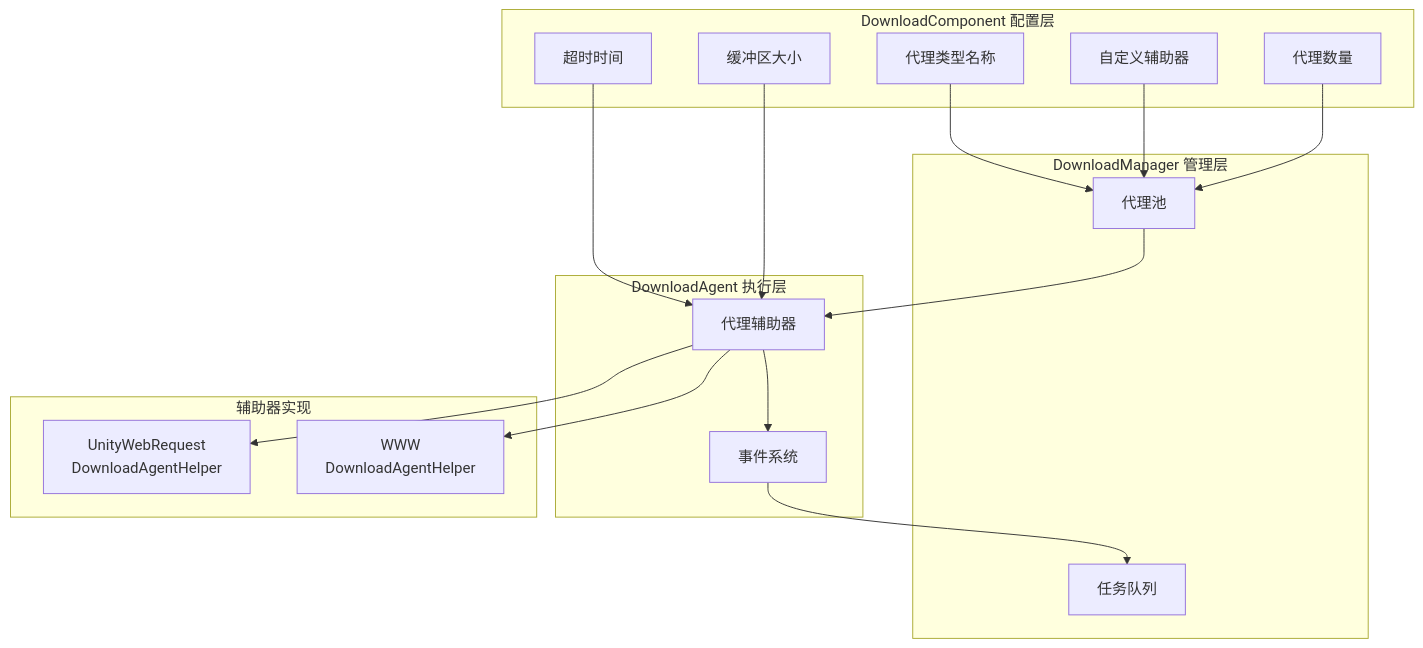
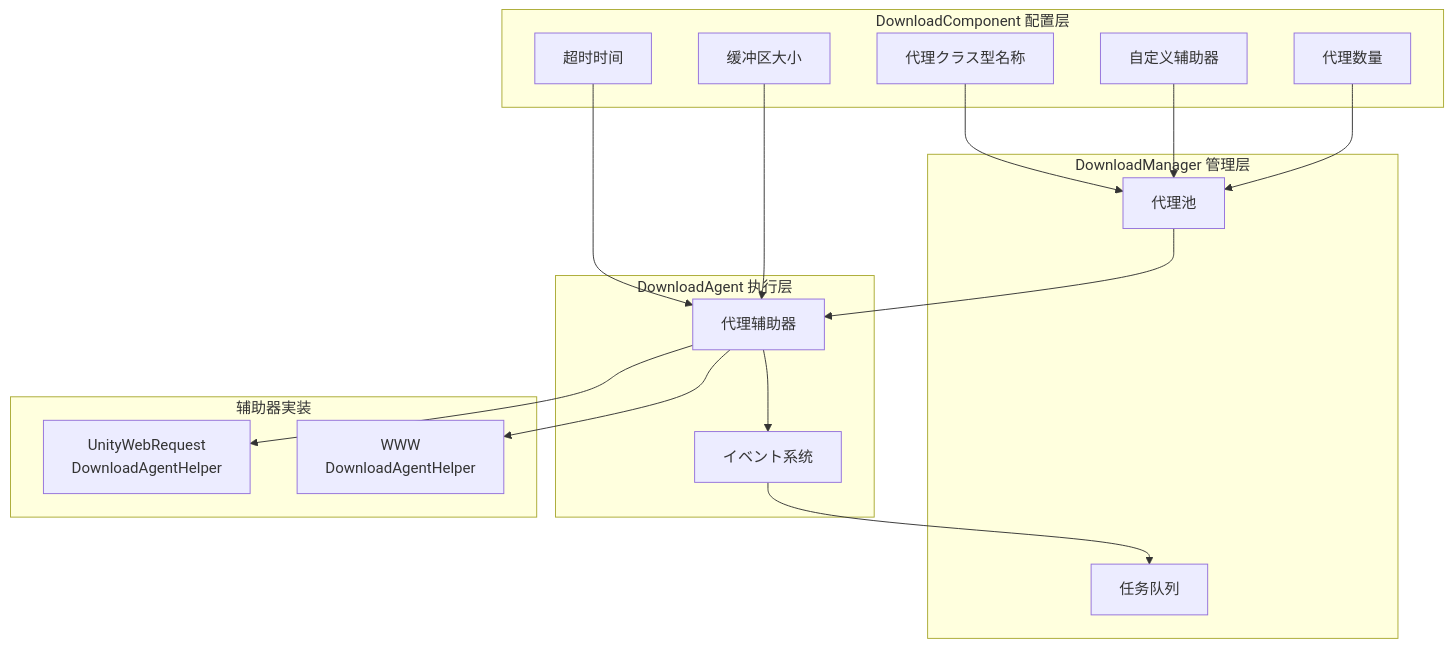
One commit to AlianBlank/GameFrameX.Docs changed the diagram in docs/ja/client/unity/component/download/12.agent-configuration.md. Above: the diagram before and after it, drawn with Mermaid. The commit also changed other lines of this file and 603 other files, not shown here.

````diff
--- a/docs/ja/client/unity/component/download/12.agent-configuration.md
+++ b/docs/ja/client/unity/component/download/12.agent-configuration.md
@@ -170,37 +170,37 @@
 ```mermaid
 flowchart TD
     subgraph DownloadComponent["DownloadComponent 配置层"]
-        Config1[代理类型名称]
+        Config1[代理クラス型名称]
         Config2[自定义辅助器]
         Config3[代理数量]
         Config4[超时时间]
         Config5[缓冲区大小]
     end
 
     subgraph Manager["DownloadManager 管理层"]
         Pool[代理池]
         Queue[任务队列]
     end
 
     subgraph Agent["DownloadAgent 执行层"]
         Helper[代理辅助器]
-        Events[事件系统]
+        Events[イベント系统]
     end
 
     Config1 --> Pool
     Config2 --> Pool
     Config3 --> Pool
     Config4 --> Helper
     Config5 --> Helper
     Pool --> Helper
     Helper --> Events
     Events --> Queue
     
-    subgraph HelperImpl["辅助器实现"]
+    subgraph HelperImpl["辅助器実装"]
         UWR[UnityWebRequest<br/>DownloadAgentHelper]
         WWW[WWW<br/>DownloadAgentHelper]
     end
     
     Helper --> UWR
     Helper --> WWW
 ```
````
